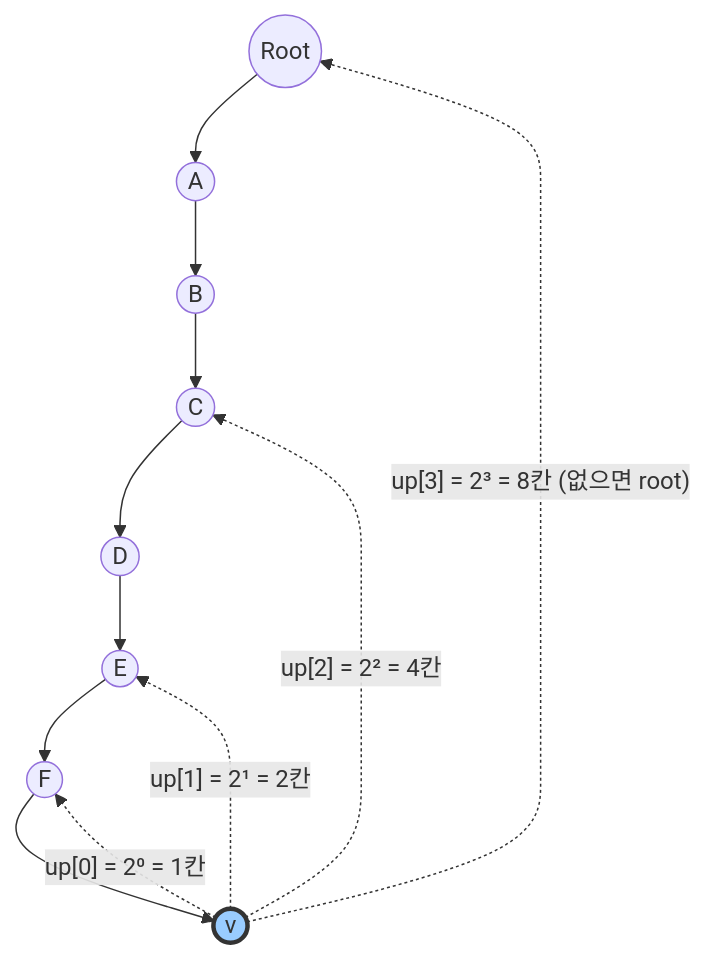
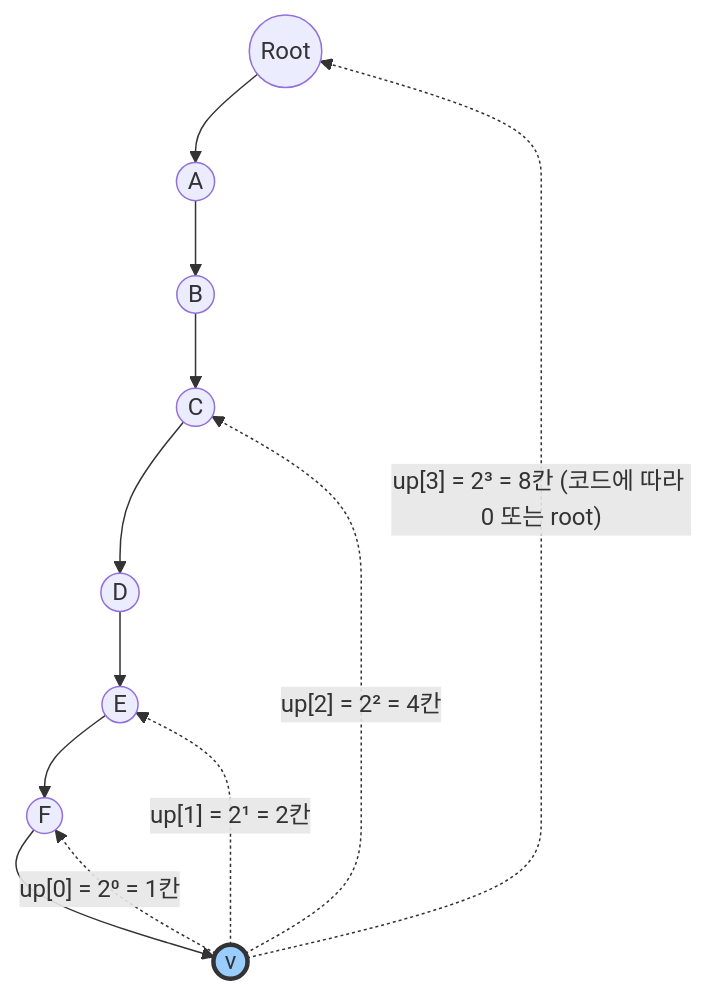
The fifth of 5 diagrams in _posts/algorithm/2026-03-07-tree.md (mandoobox/mandoobox.github.io), drawn with Mermaid before and after one commit. The commit also changed other lines of this file and 13 other files, not shown here.

````diff
--- a/_posts/algorithm/2026-03-07-tree.md
+++ b/_posts/algorithm/2026-03-07-tree.md
@@ -560,17 +560,17 @@
 ```mermaid
 graph TD
     R((Root)) --> A((A))
     A --> B((B))
     B --> C((C))
     C --> D((D))
     D --> E((E))
     E --> F((F))
     F --> G((v))
 
     G -. "up[0] = 2⁰ = 1칸" .-> F
     G -. "up[1] = 2¹ = 2칸" .-> E
     G -. "up[2] = 2² = 4칸" .-> C
-    G -. "up[3] = 2³ = 8칸 (없으면 root)" .-> R
+    G -. "up[3] = 2³ = 8칸 (코드에 따라 0 또는 root)" .-> R
 
     style G fill:#99ccff,stroke:#333,stroke-width:3
 ```
````
